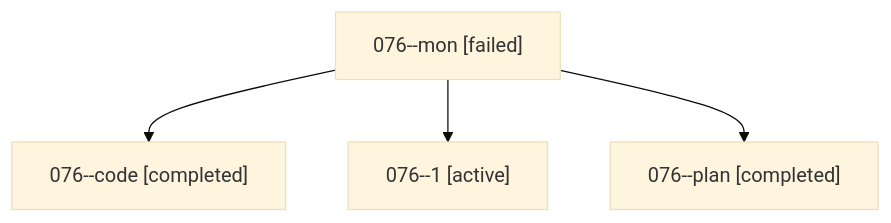
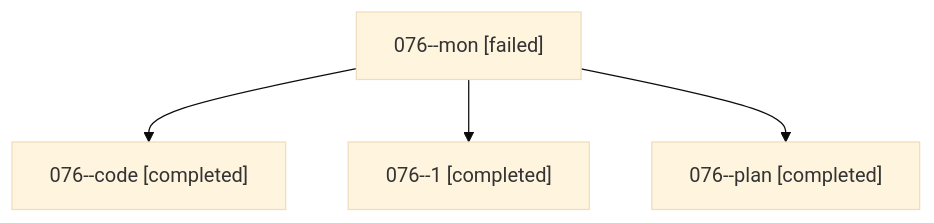
The diagram in families/bbugyi200.athena.076.md (sase-org/sase--agents), drawn with Mermaid (base theme) before and after one commit. The commit also changed other lines of this file and 52 other files, not shown here.

````diff
--- a/families/bbugyi200.athena.076.md
+++ b/families/bbugyi200.athena.076.md
@@ -9,10 +9,10 @@
 ```mermaid
 flowchart TD
   n0["076--mon [failed]"]
   n1["076--code [completed]"]
   n0 --> n1
-  n2["076--1 [active]"]
+  n2["076--1 [completed]"]
   n0 --> n2
   n3["076--plan [completed]"]
   n0 --> n3
 ```
````
